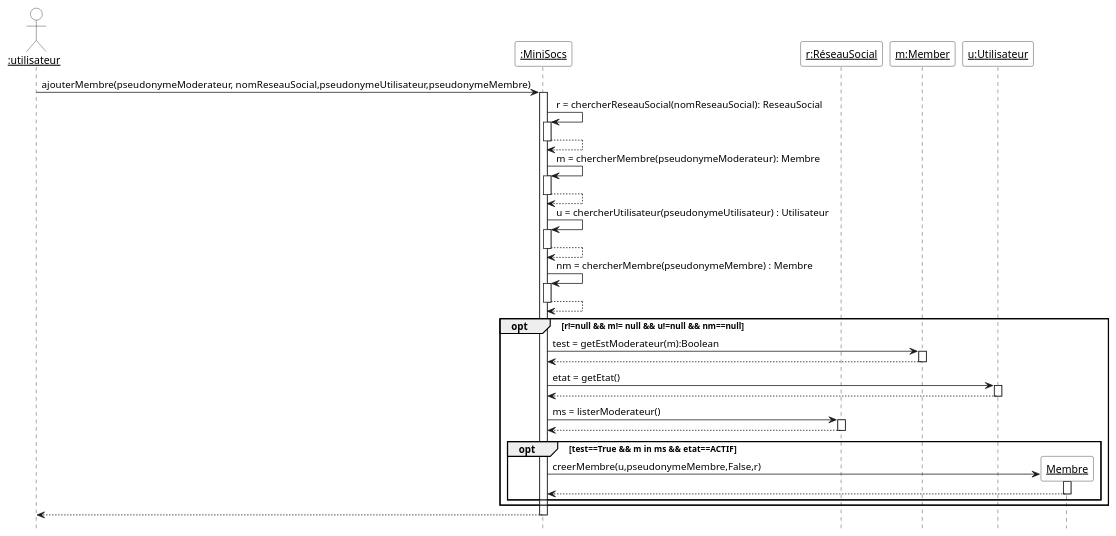
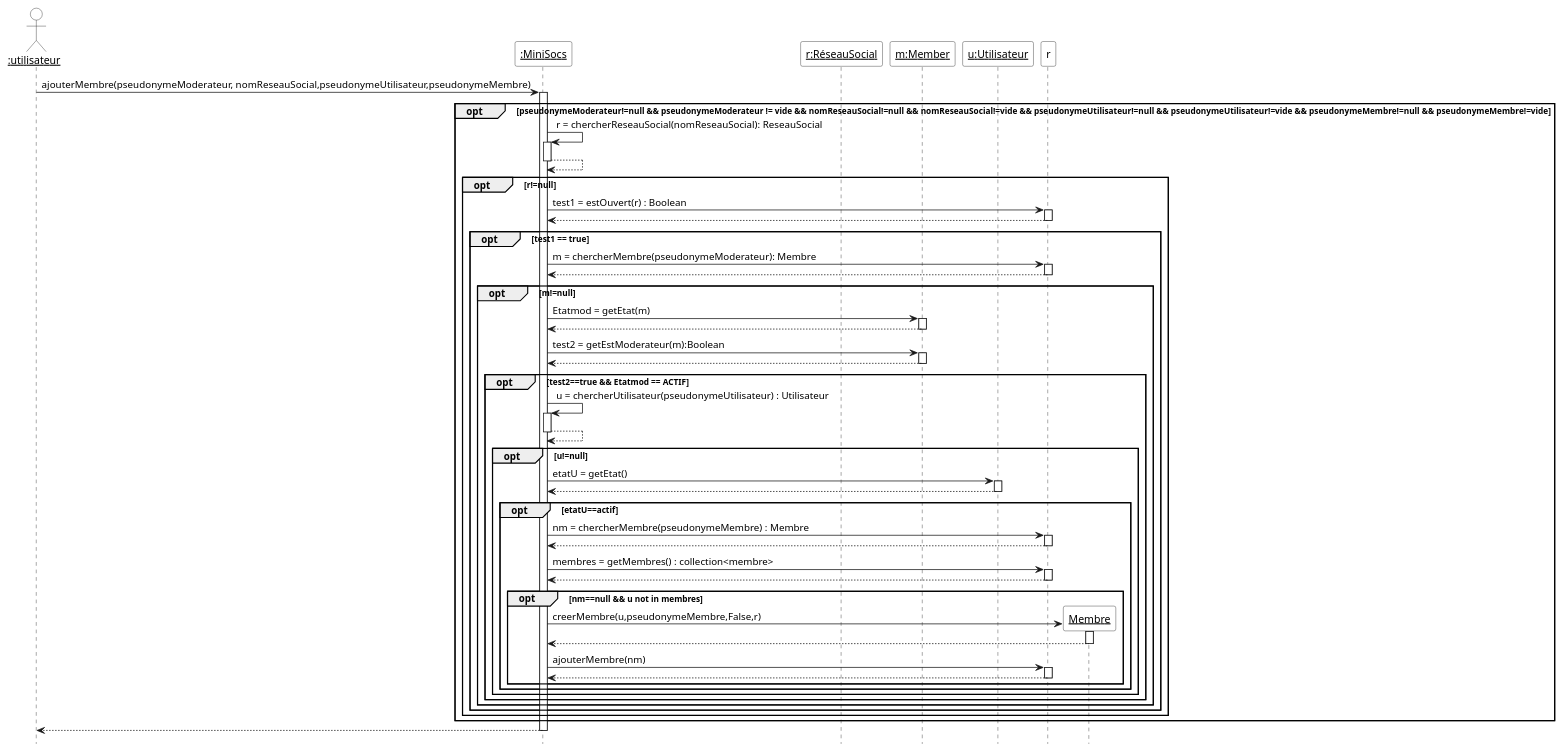
One commit to yesminete/MiniSocs changed the diagram in Diagrammes/minisocs_uml_diag_seq_ajouter_membre.pu. Above: the diagram before and after it, drawn with PlantUML. The commit also changed 3 other files, not shown here.

```diff
--- a/Diagrammes/minisocs_uml_diag_seq_ajouter_membre.pu
+++ b/Diagrammes/minisocs_uml_diag_seq_ajouter_membre.pu
@@ -1,36 +1,55 @@
 @startuml
 
 'Configuration charte graphique'
 hide footbox
 skinparam sequenceParticipantBackgroundColor White
 skinparam sequenceActorBackgroundColor White
 
 actor "__:utilisateur__" as m
 participant "__:MiniSocs__" as Mini
 participant "__r:RéseauSocial__" as RS
 participant "__m:Member__" as mod
 participant "__u:Utilisateur__" as u
 m -> Mini ++: ajouterMembre(pseudonymeModerateur, nomReseauSocial,pseudonymeUtilisateur,pseudonymeMembre)
+opt pseudonymeModerateur!=null && pseudonymeModerateur != vide && nomReseauSocial!=null && nomReseauSocial!=vide && pseudonymeUtilisateur!=null && pseudonymeUtilisateur!=vide && pseudonymeMembre!=null && pseudonymeMembre!=vide
 Mini -> Mini ++: r = chercherReseauSocial(nomReseauSocial): ReseauSocial
 return
-Mini -> Mini ++: m = chercherMembre(pseudonymeModerateur): Membre
+opt r!=null
+Mini -> r ++ : test1 = estOuvert(r) : Boolean
 return
+opt test1 == true
+Mini -> r ++: m = chercherMembre(pseudonymeModerateur): Membre
+return
+opt m!=null
+ Mini -> mod ++ : Etatmod = getEtat(m) 
+ return
+ Mini -> mod ++ : test2 = getEstModerateur(m):Boolean
+ return
+ opt test2==true && Etatmod == ACTIF
 Mini -> Mini ++ : u = chercherUtilisateur(pseudonymeUtilisateur) : Utilisateur
 return
-Mini -> Mini ++ : nm = chercherMembre(pseudonymeMembre) : Membre
+opt u!=null
+    Mini -> u ++ : etatU = getEtat()
+    return
+ 
+opt etatU==actif 
+Mini -> r ++ : nm = chercherMembre(pseudonymeMembre) : Membre
 return
-opt r!=null && m!= null && u!=null && nm==null
-    Mini -> mod ++ : test = getEstModerateur(m):Boolean
-    return
-    Mini -> u ++ : etat = getEtat()
-    return
-    Mini -> RS ++ : ms = listerModerateur()
-    return
-    opt test==True  && m in ms && etat==ACTIF
+   Mini -> r ++ : membres = getMembres() : collection<membre>
+   return
+opt nm==null && u not in membres
        	   create "__Membre__" as mem
        	   Mini -> mem ++: creerMembre(u,pseudonymeMembre,False,r)
 	   return
+	   Mini -> r ++: ajouterMembre(nm)
+	   return
     end
+end
+end
+end
+end
+end
+end
 end
 return
 @enduml
```
